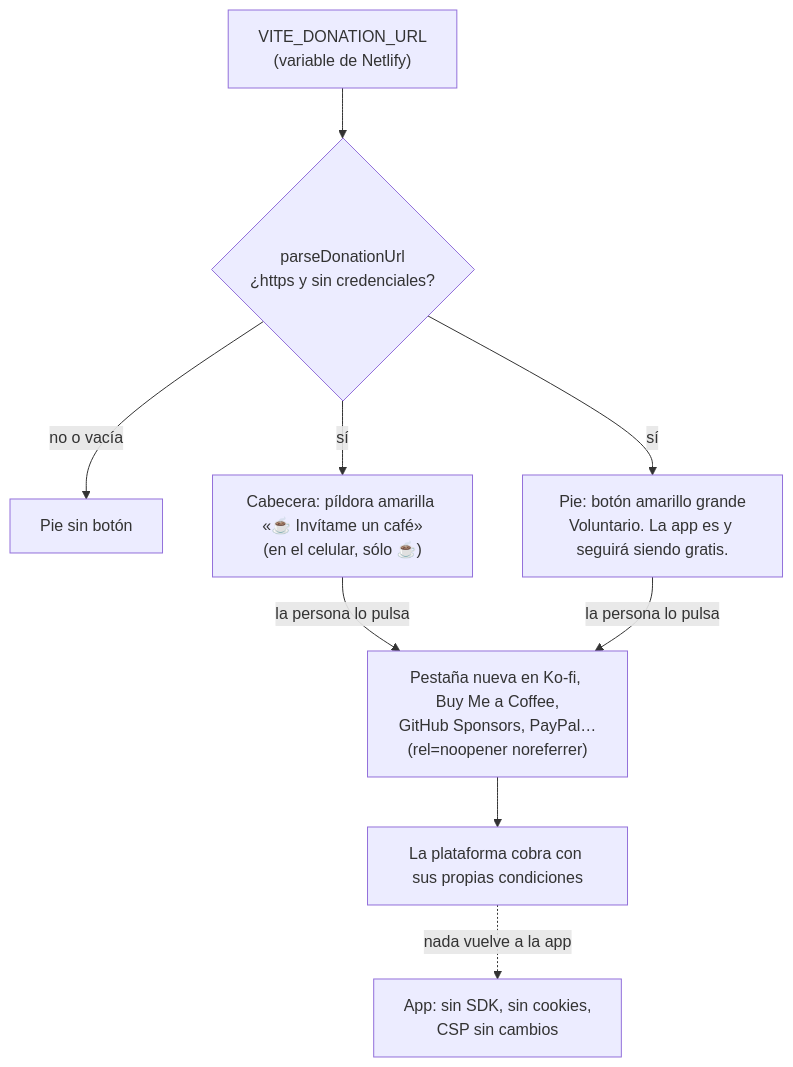
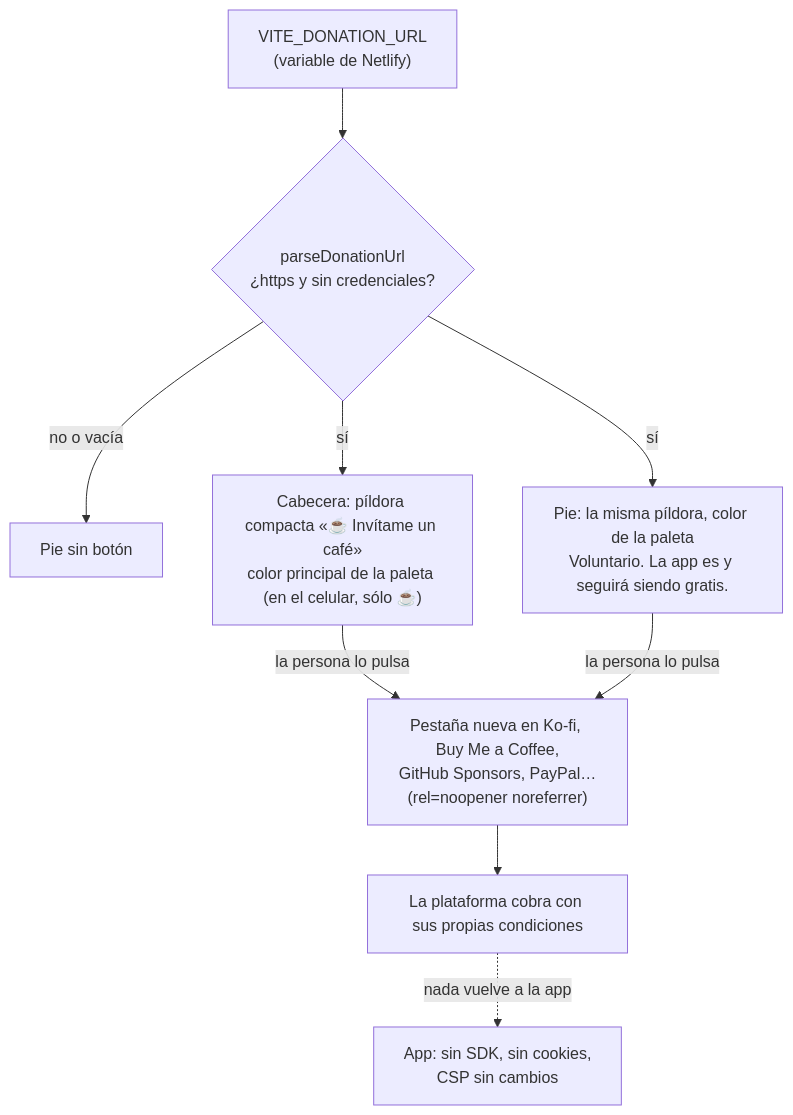
One commit to Juan-Carlos-Estevez-Vargas/Camila-Sanchez changed diagram 45 of 45 in docs/DIAGRAMAS.md. Above: the diagram before and after it, drawn with Mermaid. The commit also changed 4 other files, not shown here.

First line of the commit message:
style(donación): el botón de café usa la paleta de cada persona y es más compacto

````diff
--- a/docs/DIAGRAMAS.md
+++ b/docs/DIAGRAMAS.md
@@ -1338,11 +1338,11 @@
 ```mermaid
 flowchart TD
   ENV["VITE_DONATION_URL<br/>(variable de Netlify)"] --> P{"parseDonationUrl<br/>¿https y sin credenciales?"}
   P -- "no o vacía" --> X["Pie sin botón"]
-  P -- "sí" --> H["Cabecera: píldora amarilla «☕ Invítame un café»<br/>(en el celular, sólo ☕)"]
-  P -- "sí" --> B["Pie: botón amarillo grande<br/>Voluntario. La app es y seguirá siendo gratis."]
+  P -- "sí" --> H["Cabecera: píldora compacta «☕ Invítame un café»<br/>color principal de la paleta (en el celular, sólo ☕)"]
+  P -- "sí" --> B["Pie: la misma píldora, color de la paleta<br/>Voluntario. La app es y seguirá siendo gratis."]
   H -- "la persona lo pulsa" --> T
   B -- "la persona lo pulsa" --> T["Pestaña nueva en Ko-fi, Buy Me a Coffee,<br/>GitHub Sponsors, PayPal…<br/>(rel=noopener noreferrer)"]
   T --> PAY["La plataforma cobra con sus propias condiciones"]
   PAY -. "nada vuelve a la app" .-> APP["App: sin SDK, sin cookies,<br/>CSP sin cambios"]
 ```
````
